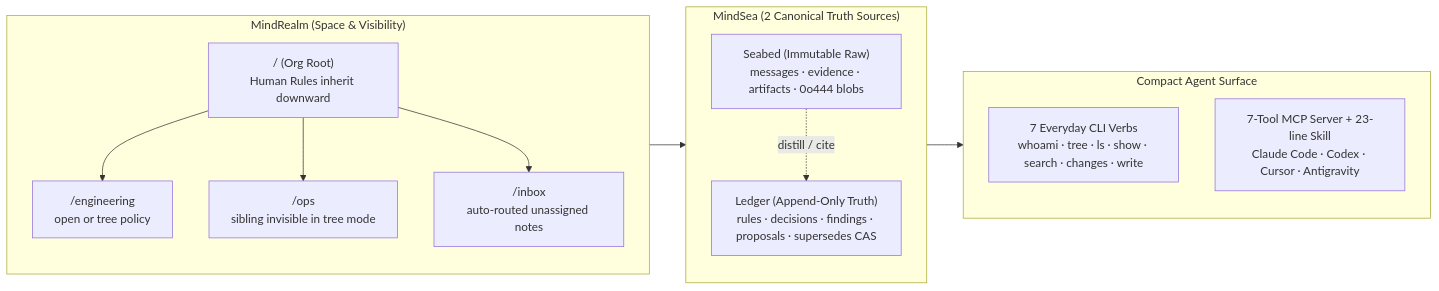
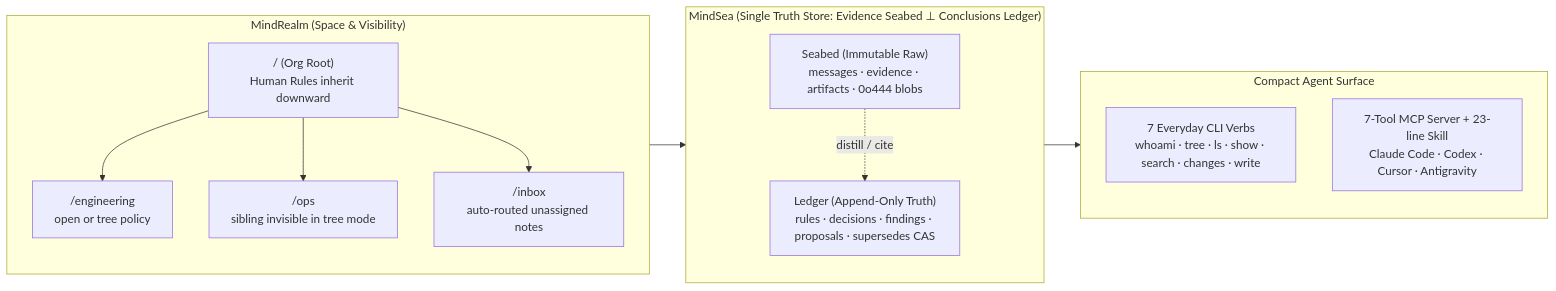
One commit to Matthewoho/meru-mind changed the diagram in README.md. Above: the diagram before and after it, drawn with Mermaid. The commit also changed other lines of this file and 2 other files, not shown here.

Commit message:
docs: unify MindSea wording to single truth store layered into Evidence (Seabed) and Conclusions (Ledger)

````diff
--- a/README.md
+++ b/README.md
@@ -9,25 +9,25 @@
 ```mermaid
 flowchart LR
     subgraph REALM["MindRealm (Space & Visibility)"]
         ROOT["/ (Org Root)<br/>Human Rules inherit downward"]
         ENG["/engineering<br/>open or tree policy"]
         OPS["/ops<br/>sibling invisible in tree mode"]
         INBOX["/inbox<br/>auto-routed unassigned notes"]
         ROOT --> ENG
         ROOT --> OPS
         ROOT --> INBOX
     end
 
-    subgraph SEA["MindSea (2 Canonical Truth Sources)"]
+    subgraph SEA["MindSea (Single Truth Store: Evidence Seabed ⊥ Conclusions Ledger)"]
         SEABED["Seabed (Immutable Raw)<br/>messages · evidence · artifacts · 0o444 blobs"]
         LEDGER["Ledger (Append-Only Truth)<br/>rules · decisions · findings · proposals · supersedes CAS"]
         SEABED -. "distill / cite" .-> LEDGER
     end
 
     subgraph SURFACE["Compact Agent Surface"]
         CLI["7 Everyday CLI Verbs<br/>whoami · tree · ls · show · search · changes · write"]
         MCP["7-Tool MCP Server + 23-line Skill<br/>Claude Code · Codex · Cursor · Antigravity"]
     end
 
     REALM --> SEA --> SURFACE
 ```
````
